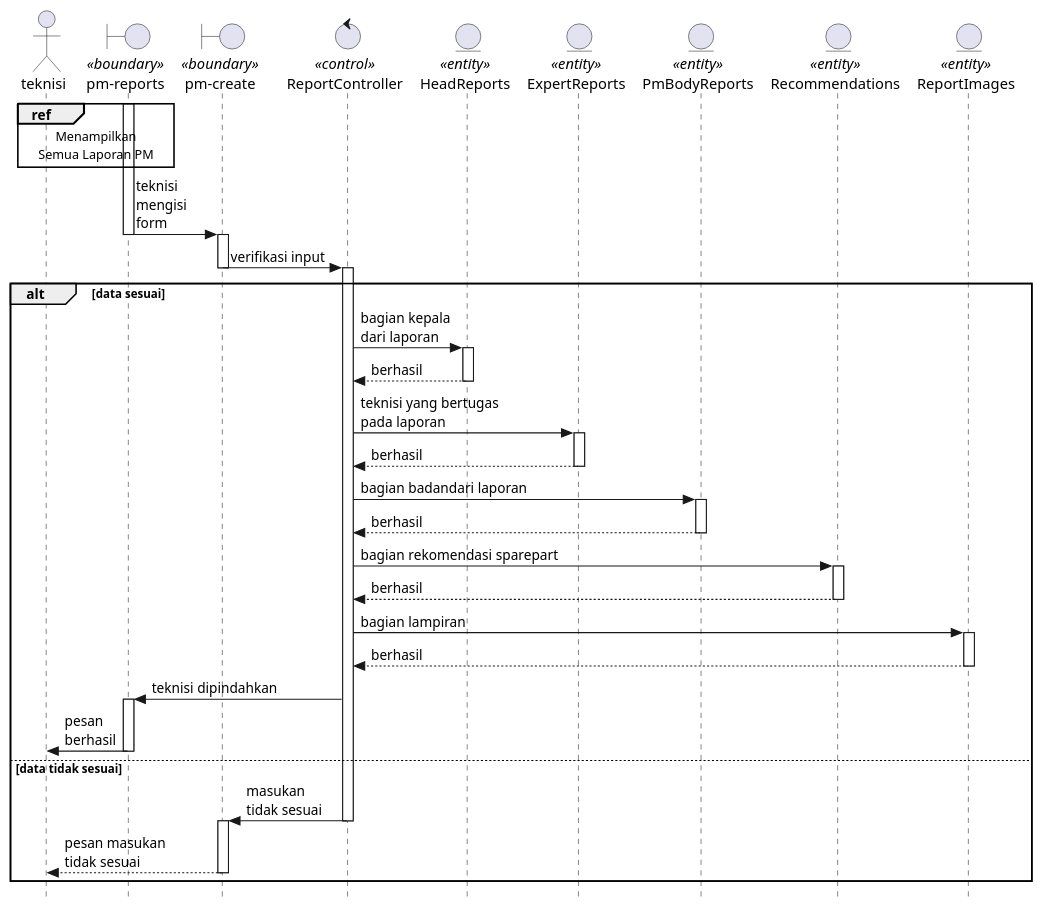
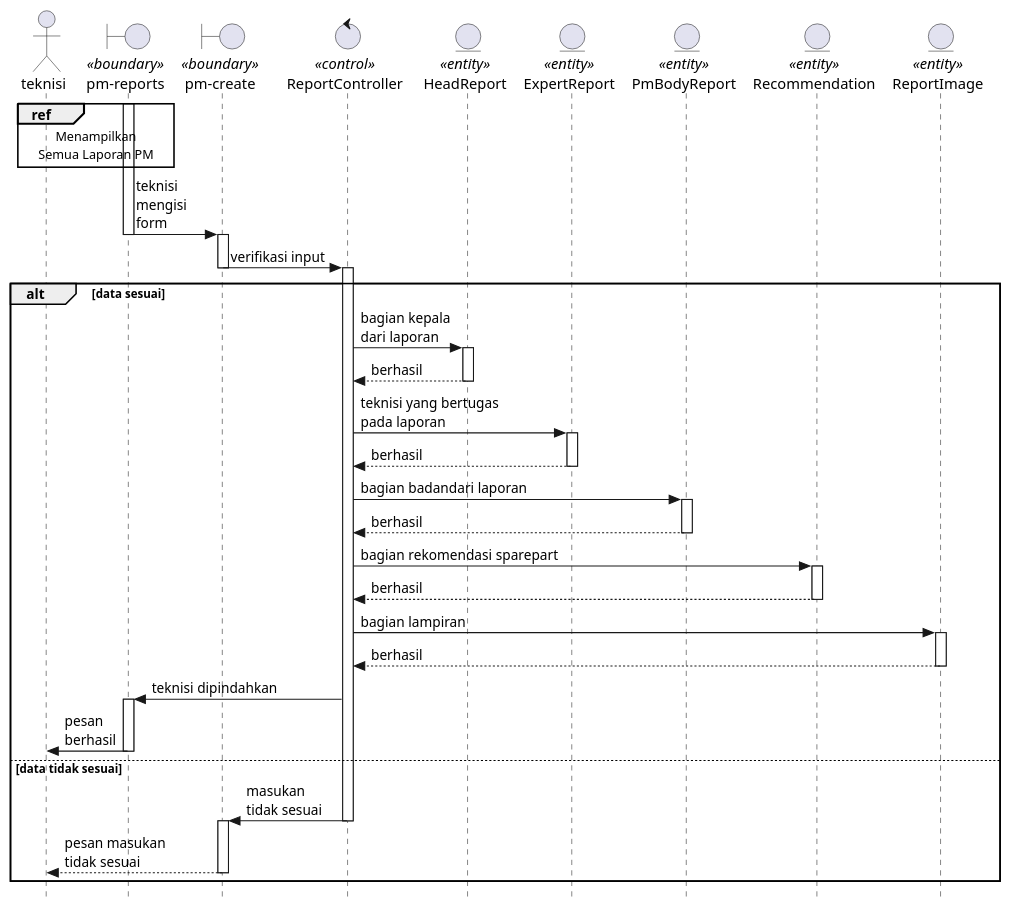
The first of 4 diagrams in Docs/diagrams/sequence/PmReport.plantuml (KPL-slur/eec-sifse-fixed), drawn with PlantUML before and after one commit. The commit also changed other lines of this file and 5 other files, not shown here.

```diff
--- a/Docs/diagrams/sequence/PmReport.plantuml
+++ b/Docs/diagrams/sequence/PmReport.plantuml
@@ -1,55 +1,55 @@
 @startuml createPM
 
 skinparam style strictuml
 
 actor teknisi
 boundary "pm-reports" as pm <<boundary>>
 boundary "pm-create" as pmCreate <<boundary>>
 control ReportController <<control>>
-entity HeadReports <<entity>>
-entity ExpertReports <<entity>>
-entity PmBodyReports <<entity>>
-entity Recommendations <<entity>>
-entity ReportImages <<entity>>
+entity HeadReport <<entity>>
+entity ExpertReport <<entity>>
+entity PmBodyReport <<entity>>
+entity Recommendation <<entity>>
+entity ReportImage <<entity>>
 
 ref over teknisi, pm : Menampilkan\nSemua Laporan PM
 
 activate pm
 pm -> pmCreate : teknisi\nmengisi\nform
     deactivate pm
     activate pmCreate
 pmCreate -> ReportController : verifikasi input
     deactivate pmCreate
     activate ReportController
 
 alt data sesuai
-    ReportController -> HeadReports : bagian kepala\ndari laporan
-        activate HeadReports
+    ReportController -> HeadReport : bagian kepala\ndari laporan
+        activate HeadReport
         return berhasil
-    ReportController -> ExpertReports : teknisi yang bertugas\npada laporan
-        activate ExpertReports
+    ReportController -> ExpertReport : teknisi yang bertugas\npada laporan
+        activate ExpertReport
         return berhasil
-    ReportController -> PmBodyReports : bagian badandari laporan
-        activate PmBodyReports
+    ReportController -> PmBodyReport : bagian badandari laporan
+        activate PmBodyReport
         return berhasil
-    ReportController -> Recommendations : bagian rekomendasi sparepart
-        activate Recommendations
+    ReportController -> Recommendation : bagian rekomendasi sparepart
+        activate Recommendation
         return berhasil
-    ReportController -> ReportImages : bagian lampiran
-        activate ReportImages
+    ReportController -> ReportImage : bagian lampiran
+        activate ReportImage
         return berhasil
     ReportController -> pm : teknisi dipindahkan
         activate pm
     pm -> teknisi : pesan\nberhasil
         deactivate pm
     
 else data tidak sesuai
     ReportController -> pmCreate : masukan\ntidak sesuai
         deactivate ReportController
         activate pmCreate
     pmCreate --> teknisi : pesan masukan\ntidak sesuai
         deactivate pmCreate
 
 end
 
 @enduml
```
